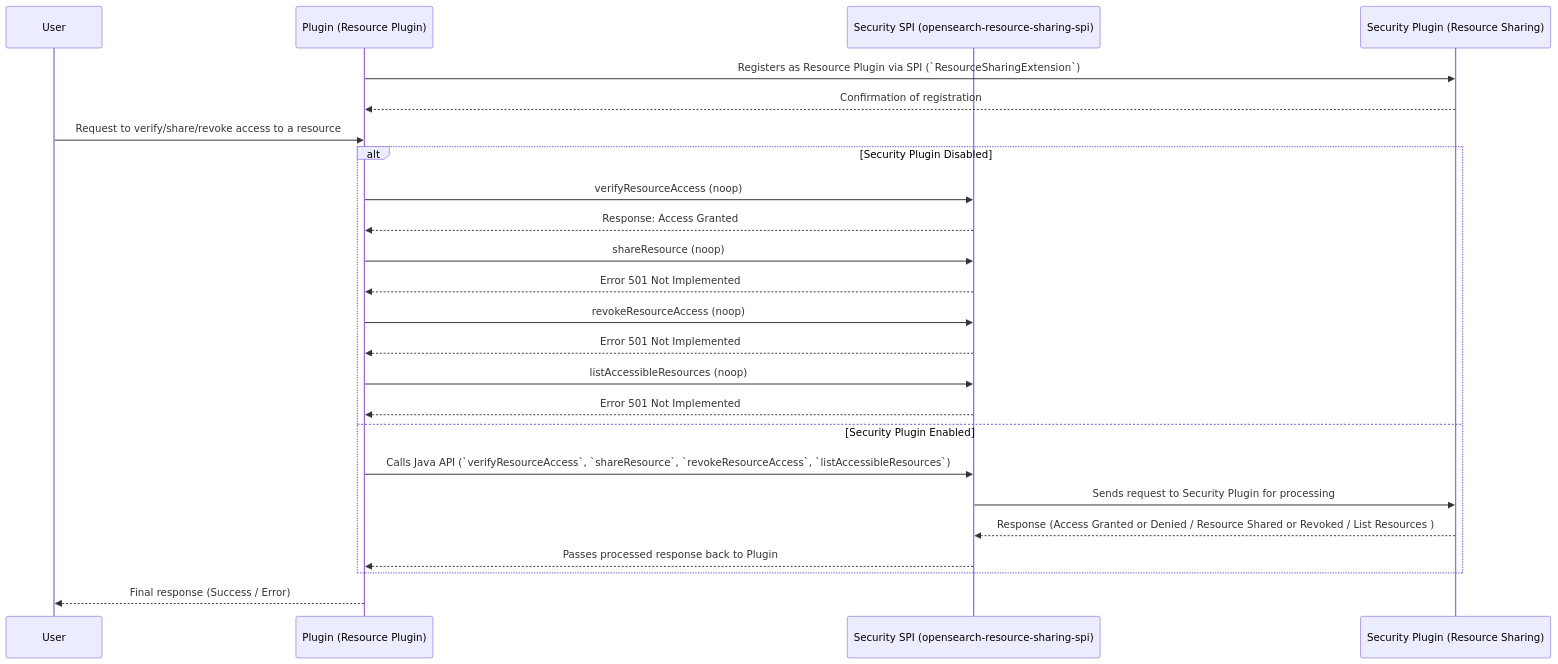
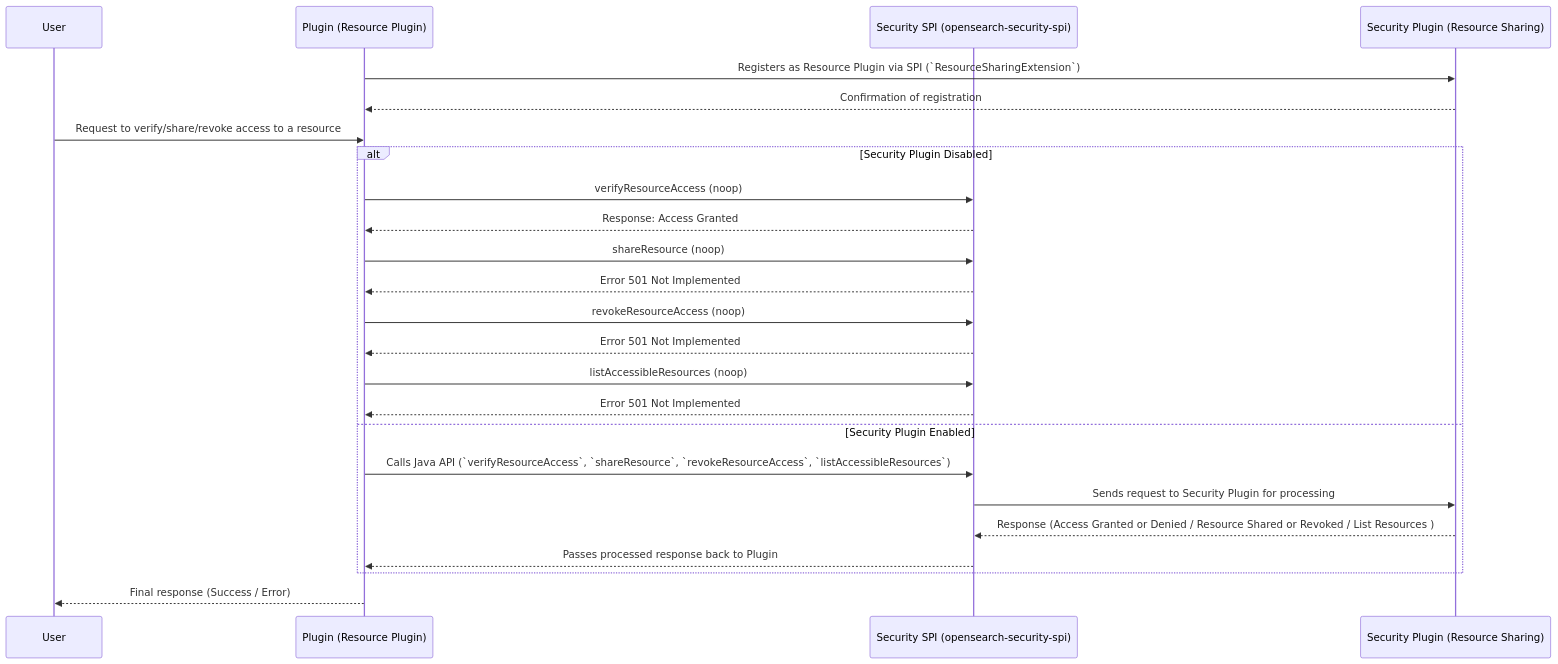
One commit to opensearch-project/security changed the diagram in RESOURCE_ACCESS_CONTROL_FOR_PLUGINS.md. Above: the diagram before and after it, drawn with Mermaid. The commit also changed other lines of this file and 23 other files, not shown here.

Commit message:
Changes SPI scope to compileOnly by removing ShareableResource and parser class

````diff
--- a/RESOURCE_ACCESS_CONTROL_FOR_PLUGINS.md
+++ b/RESOURCE_ACCESS_CONTROL_FOR_PLUGINS.md
@@ -289,46 +289,46 @@
 ```mermaid
 sequenceDiagram
     participant User as User
     participant Plugin as Plugin (Resource Plugin)
-    participant SPI as Security SPI (opensearch-resource-sharing-spi)
+    participant SPI as Security SPI (opensearch-security-spi)
     participant Security as Security Plugin (Resource Sharing)
 
     %% Step 1: Plugin registers itself as a Resource Plugin
     Plugin ->> Security: Registers as Resource Plugin via SPI (`ResourceSharingExtension`)
     Security -->> Plugin: Confirmation of registration
 
     %% Step 2: User interacts with Plugin API
     User ->> Plugin: Request to verify/share/revoke access to a resource
 
     %% Alternative flow based on Security Plugin status
     alt Security Plugin Disabled
     %% For verify: access is always granted
       Plugin ->> SPI: verifyResourceAccess (noop)
       SPI -->> Plugin: Response: Access Granted
 
     %% For share, revoke, and list: return 501 Not Implemented
       Plugin ->> SPI: shareResource (noop)
       SPI -->> Plugin: Error 501 Not Implemented
 
       Plugin ->> SPI: revokeResourceAccess (noop)
       SPI -->> Plugin: Error 501 Not Implemented
 
       Plugin ->> SPI: listAccessibleResources (noop)
       SPI -->> Plugin: Error 501 Not Implemented
     else Security Plugin Enabled
     %% Step 3: Plugin calls Java APIs declared by ResourceSharingClient
       Plugin ->> SPI: Calls Java API (`verifyResourceAccess`, `shareResource`, `revokeResourceAccess`, `listAccessibleResources`)
 
     %% Step 4: Request is sent to Security Plugin
       SPI ->> Security: Sends request to Security Plugin for processing
 
     %% Step 5: Security Plugin handles request and returns response
       Security -->> SPI: Response (Access Granted or Denied / Resource Shared or Revoked / List Resources )
 
     %% Step 6: Security SPI sends response back to Plugin
       SPI -->> Plugin: Passes processed response back to Plugin
     end
 
     %% Step 7: Plugin processes response and sends final response to User
     Plugin -->> User: Final response (Success / Error)
 ```
````
